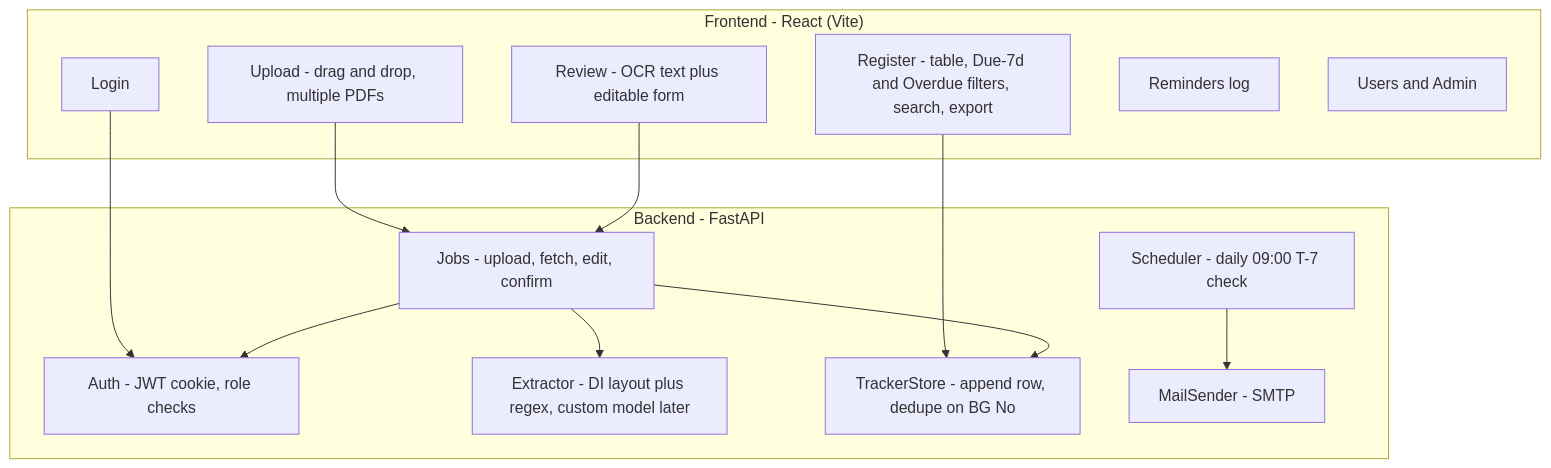
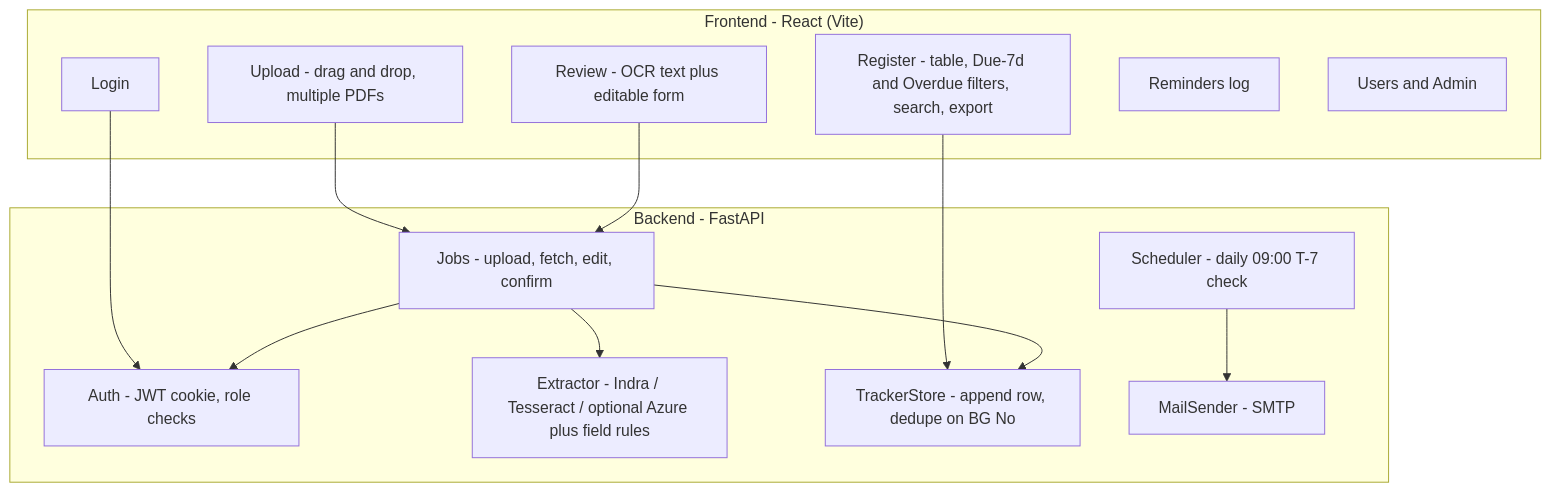
The second of 3 diagrams in plan/01-architecture.md (LaxmiKhilnani-nhit/Bank-Guarantee-Automation), drawn with Mermaid before and after one commit. The commit also changed other lines of this file and 58 other files, not shown here.

````diff
--- a/plan/01-architecture.md
+++ b/plan/01-architecture.md
@@ -53,27 +54,27 @@
 ```mermaid
 flowchart TB
   subgraph UI["Frontend - React (Vite)"]
     Login["Login"]
     Upload["Upload - drag and drop, multiple PDFs"]
     Review["Review - OCR text plus editable form"]
     Register["Register - table, Due-7d and Overdue filters, search, export"]
     RemLog["Reminders log"]
     Users["Users and Admin"]
   end
   subgraph SVC["Backend - FastAPI"]
     AuthN["Auth - JWT cookie, role checks"]
     Jobs["Jobs - upload, fetch, edit, confirm"]
-    Extract["Extractor - DI layout plus regex, custom model later"]
+    Extract["Extractor - Indra / Tesseract / optional Azure plus field rules"]
     Track["TrackerStore - append row, dedupe on BG No"]
     Mail["MailSender - SMTP"]
     Sched["Scheduler - daily 09:00 T-7 check"]
   end
   Login --> AuthN
   Upload --> Jobs
   Review --> Jobs
   Register --> Track
   Jobs --> Extract
   Jobs --> Track
   Sched --> Mail
   Jobs --> AuthN
 ```
````
